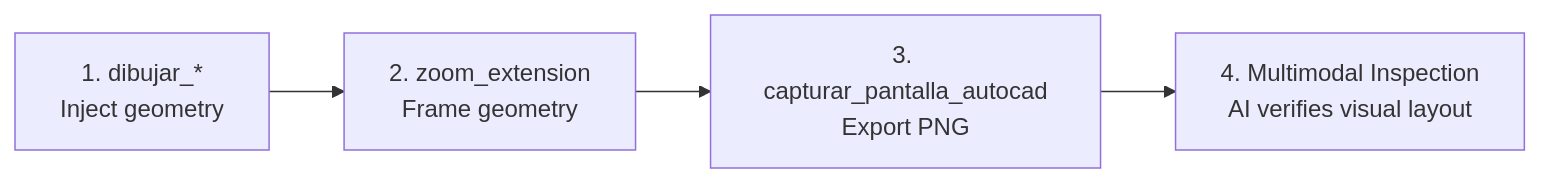
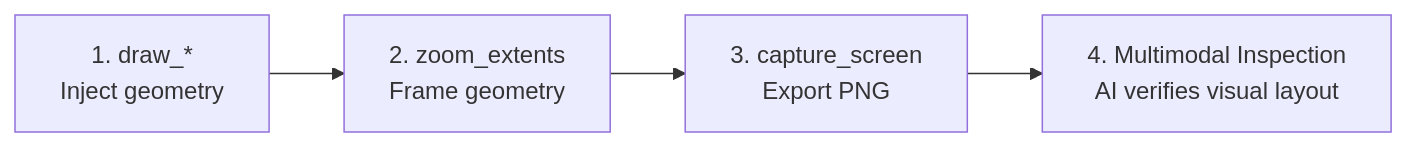
The fourth of 4 diagrams in docs/TOOLS_CHEAT_SHEET.md (LuiccianDev/autocad-mcp), drawn with Mermaid before and after one commit. The commit also changed other lines of this file and 10 other files, not shown here.

````diff
--- a/docs/TOOLS_CHEAT_SHEET.md
+++ b/docs/TOOLS_CHEAT_SHEET.md
@@ -99,6 +99,6 @@
 ```mermaid
 flowchart LR
-    A["1. dibujar_*\nInject geometry"] --> B["2. zoom_extension\nFrame geometry"]
-    B --> C["3. capturar_pantalla_autocad\nExport PNG"]
+    A["1. draw_*\nInject geometry"] --> B["2. zoom_extents\nFrame geometry"]
+    B --> C["3. capture_screen\nExport PNG"]
     C --> D["4. Multimodal Inspection\nAI verifies visual layout"]
 ```
````
